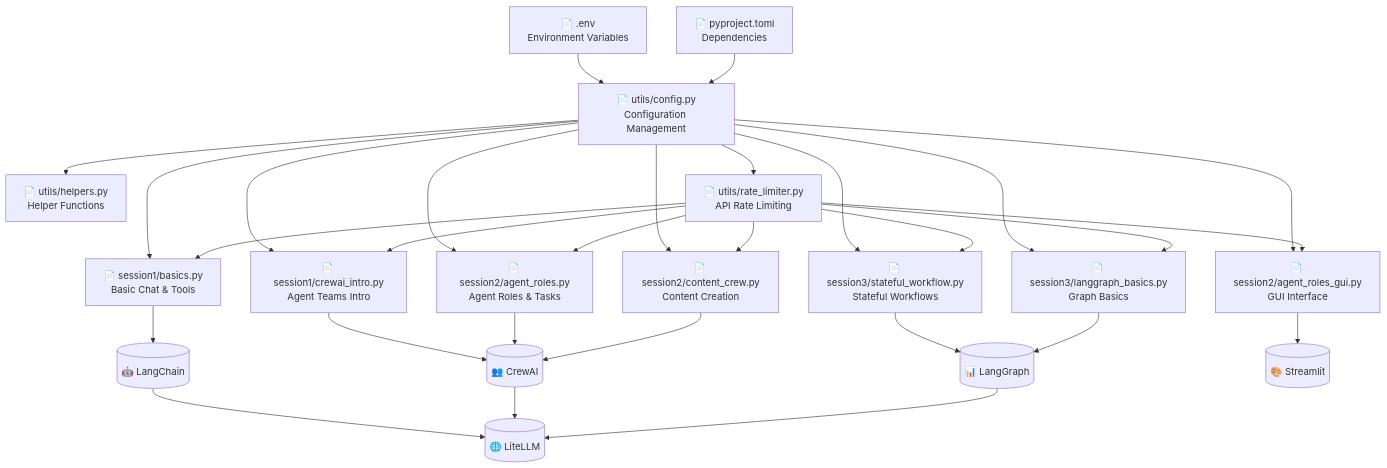
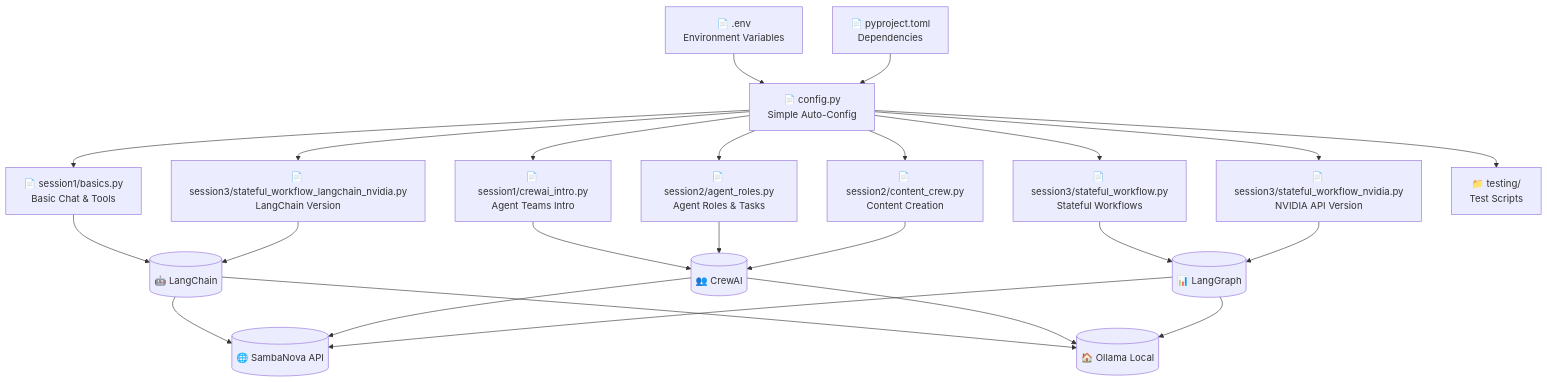
The first of 10 diagrams in README.md (ashishpatel26/AIAgentWorkshop-New), drawn with Mermaid before and after one commit. The commit also changed other lines of this file and 22 other files, not shown here.

````diff
--- a/README.md
+++ b/README.md
@@ -170,64 +212,57 @@
 ```mermaid
 flowchart TD
     %% Configuration files
     envFile[📄 .env<br/>Environment Variables]
+    configPy[📄 config.py<br/>Simple Auto-Config]
     pyproject[📄 pyproject.toml<br/>Dependencies]
-    configPy[📄 utils/config.py<br/>Configuration Management]
-
-    %% Utility files
-    helpers[📄 utils/helpers.py<br/>Helper Functions]
-    rateLimiter[📄 utils/rate_limiter.py<br/>API Rate Limiting]
 
     %% Session 1 files
     basics[📄 session1/basics.py<br/>Basic Chat & Tools]
     crewaiIntro[📄 session1/crewai_intro.py<br/>Agent Teams Intro]
 
     %% Session 2 files
     agentRoles[📄 session2/agent_roles.py<br/>Agent Roles & Tasks]
     contentCrew[📄 session2/content_crew.py<br/>Content Creation]
-    agentRolesGui[📄 session2/agent_roles_gui.py<br/>GUI Interface]
 
     %% Session 3 files
     statefulWF[📄 session3/stateful_workflow.py<br/>Stateful Workflows]
-    langgraphBasics[📄 session3/langgraph_basics.py<br/>Graph Basics]
+    nvidiaWF[📄 session3/stateful_workflow_nvidia.py<br/>NVIDIA API Version]
+    langchainWF[📄 session3/stateful_workflow_langchain_nvidia.py<br/>LangChain Version]
+
+    %% Testing files
+    testFiles[📁 testing/<br/>Test Scripts]
 
     %% External frameworks
     langchain[(🤖 LangChain)]
     crewai[(👥 CrewAI)]
     langgraph[(📊 LangGraph)]
-    litellm[(🌐 LiteLLM)]
-    streamlit[(🎨 Streamlit)]
+    sambanova[(🌐 SambaNova API)]
+    ollama[(🏠 Ollama Local)]
 
     %% Connections
     envFile --> configPy
     pyproject --> configPy
-    configPy --> helpers
-    configPy --> rateLimiter
     configPy --> basics
     configPy --> crewaiIntro
     configPy --> agentRoles
     configPy --> contentCrew
-    configPy --> agentRolesGui
     configPy --> statefulWF
-    configPy --> langgraphBasics
-
-    rateLimiter --> basics
-    rateLimiter --> crewaiIntro
-    rateLimiter --> agentRoles
-    rateLimiter --> contentCrew
-    rateLimiter --> agentRolesGui
-    rateLimiter --> statefulWF
-    rateLimiter --> langgraphBasics
+    configPy --> nvidiaWF
+    configPy --> langchainWF
+    configPy --> testFiles
 
     basics --> langchain
     crewaiIntro --> crewai
     agentRoles --> crewai
     contentCrew --> crewai
-    agentRolesGui --> streamlit
     statefulWF --> langgraph
-    langgraphBasics --> langgraph
+    nvidiaWF --> langgraph
+    langchainWF --> langchain
 
-    langchain --> litellm
-    crewai --> litellm
-    langgraph --> litellm
+    langchain --> sambanova
+    langchain --> ollama
+    crewai --> sambanova
+    crewai --> ollama
+    langgraph --> sambanova
+    langgraph --> ollama
 ```
````
